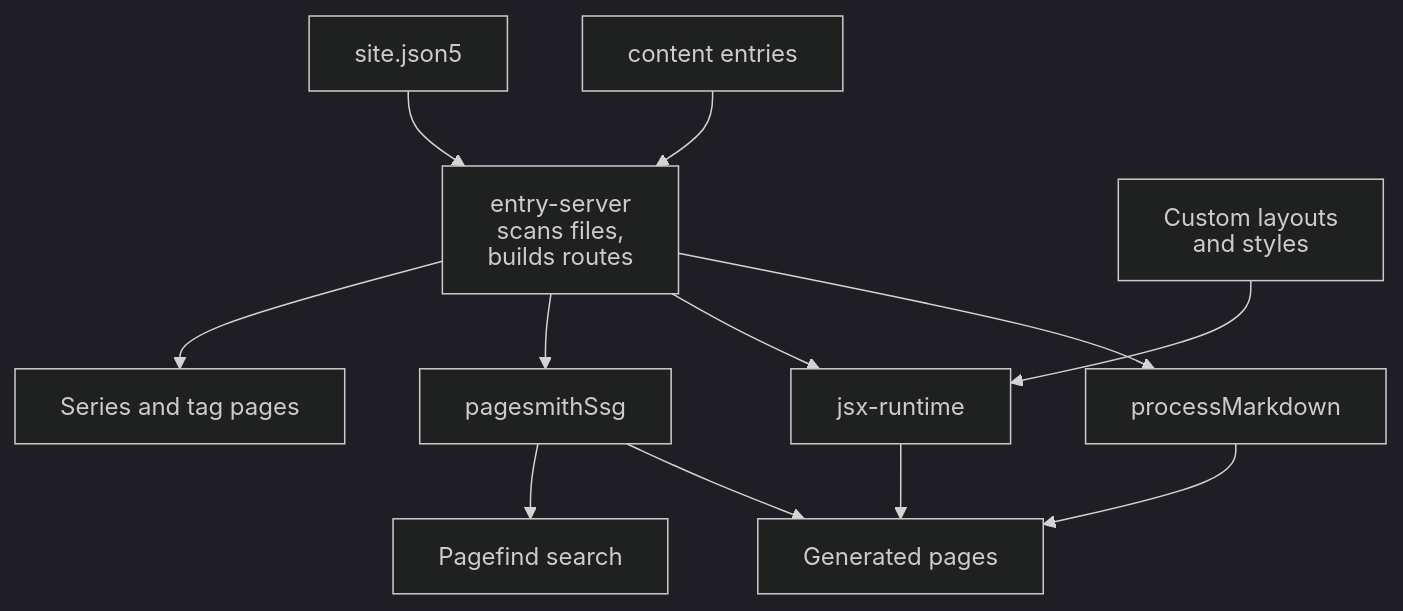
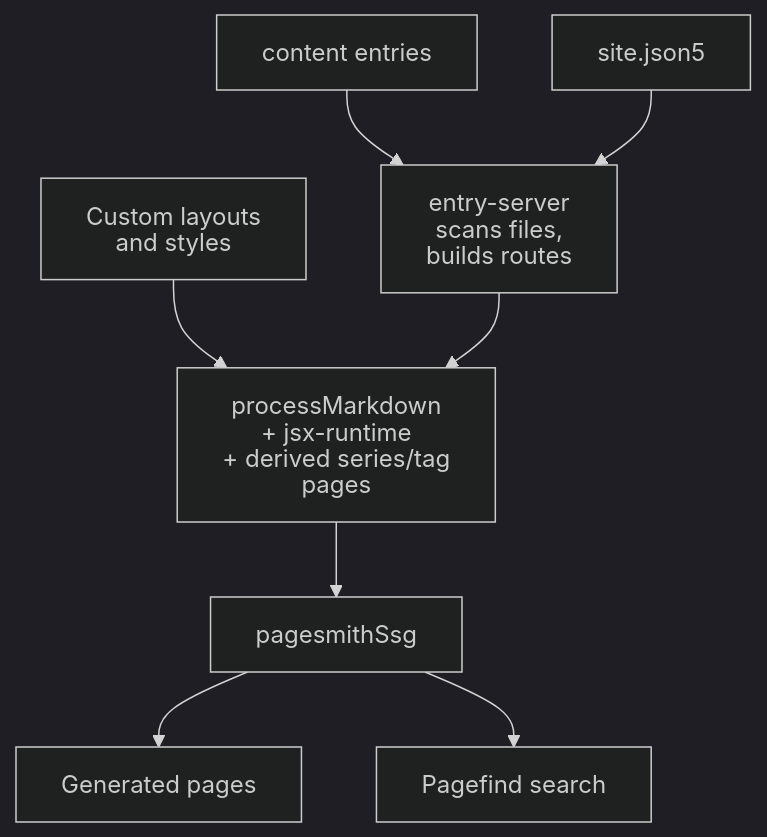
One commit to sujeet-pro/pagesmith changed the diagram in docs/content/guide/framework-blog-site/diagrams/blog-site-assembly.mermaid. Above: the diagram before and after it, drawn with Mermaid (dark theme). The commit also changed 128 other files, not shown here.

```diff
--- a/docs/content/guide/framework-blog-site/diagrams/blog-site-assembly.mermaid
+++ b/docs/content/guide/framework-blog-site/diagrams/blog-site-assembly.mermaid
@@ -1,27 +1,23 @@
 %% Diagram: Blog site assembly
 %% Type: flowchart
 %%{init: {'htmlLabels': false}}%%
 
 flowchart TB
   content["content entries"]
   siteConfig["site.json5"]
+  layouts["Custom layouts\nand styles"]
+
   entry["entry-server\nscans files,\nbuilds routes"]
-  layouts["Custom layouts\nand styles"]
-  markdown["processMarkdown"]
-  jsx["jsx-runtime"]
+  pipelines["processMarkdown\n+ jsx-runtime\n+ derived series/tag pages"]
+
   ssg["pagesmithSsg"]
   pages["Generated pages"]
-  derived["Series and tag pages"]
   search["Pagefind search"]
 
   content --> entry
   siteConfig --> entry
-  entry --> markdown
-  entry --> jsx
-  layouts --> jsx
-  entry --> ssg
-  markdown --> pages
-  jsx --> pages
-  entry --> derived
+  layouts --> pipelines
+  entry --> pipelines
+  pipelines --> ssg
   ssg --> pages
   ssg --> search
```
